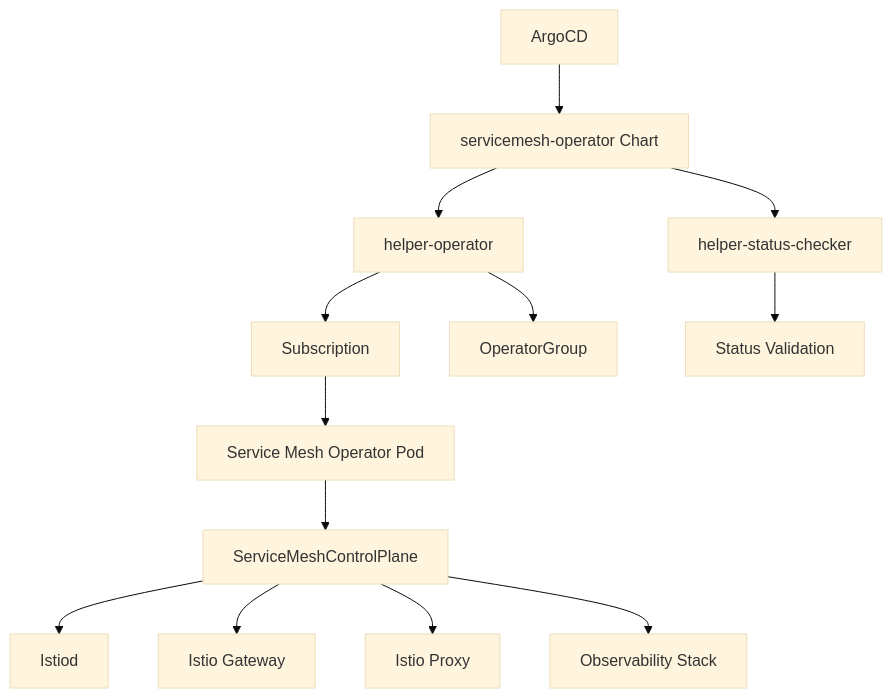
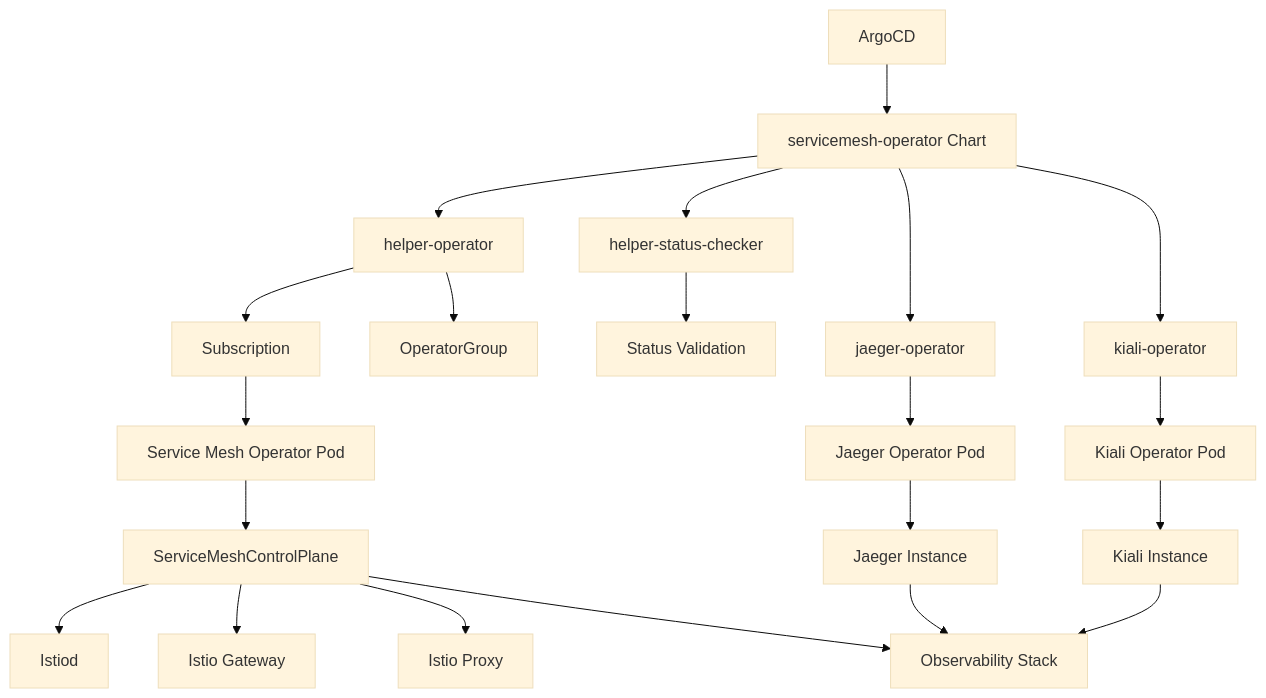
One commit to rosa-hcp-dedicated-vpc/helm-repository changed the diagram in charts/servicemesh-operator/README.md. Above: the diagram before and after it, drawn with Mermaid (base theme). The commit also changed other lines of this file and 2 other files, not shown here.

First line of the commit message:
feat: Add jaeger-operator and kiali-operator dependencies to servicemesh-operator

````diff
--- a/charts/servicemesh-operator/README.md
+++ b/charts/servicemesh-operator/README.md
@@ -99,15 +128,23 @@
 ```mermaid
 graph TB
     A[ArgoCD] --> B[servicemesh-operator Chart]
     B --> C[helper-operator]
     B --> D[helper-status-checker]
-    C --> E[Subscription]
-    C --> F[OperatorGroup]
-    E --> G[Service Mesh Operator Pod]
-    D --> H[Status Validation]
-    G --> I[ServiceMeshControlPlane]
-    I --> J[Istiod]
-    I --> K[Istio Gateway]
-    I --> L[Istio Proxy]
-    I --> M[Observability Stack]
+    B --> E[jaeger-operator]
+    B --> F[kiali-operator]
+    C --> G[Subscription]
+    C --> H[OperatorGroup]
+    G --> I[Service Mesh Operator Pod]
+    D --> J[Status Validation]
+    E --> K[Jaeger Operator Pod]
+    F --> L[Kiali Operator Pod]
+    I --> M[ServiceMeshControlPlane]
+    K --> N[Jaeger Instance]
+    L --> O[Kiali Instance]
+    M --> P[Istiod]
+    M --> Q[Istio Gateway]
+    M --> R[Istio Proxy]
+    M --> S[Observability Stack]
+    N --> S
+    O --> S
 ```
````
